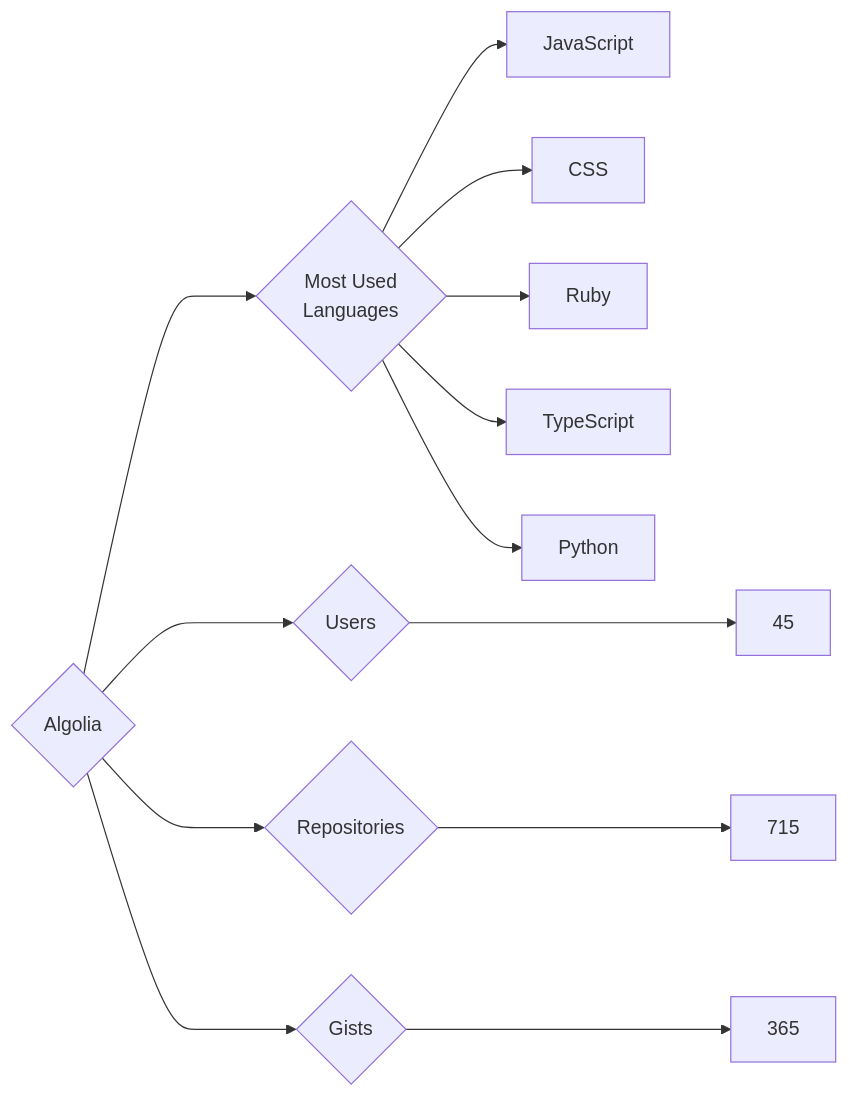
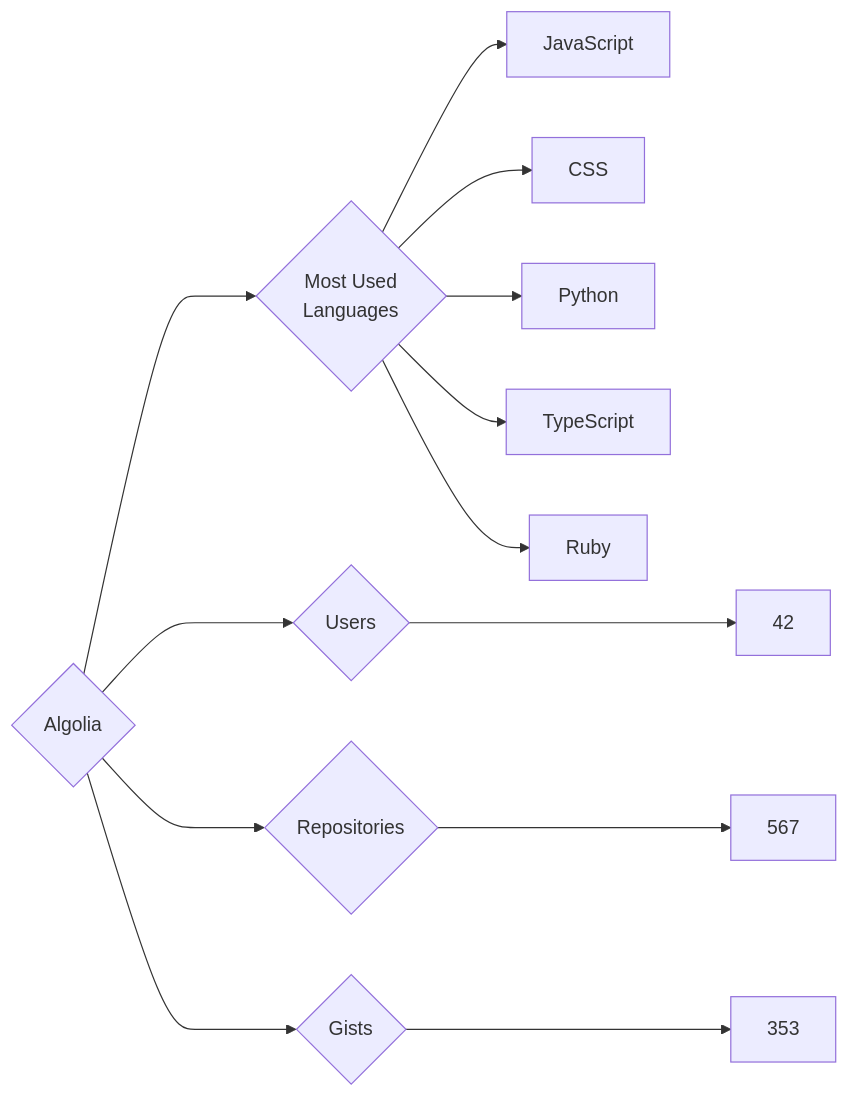
Before and after one commit to trickest/insiders: the diagram in targets/Algolia/README.md, drawn with Mermaid. The commit also changed 715 other files, not shown here.

````diff
--- a/targets/Algolia/README.md
+++ b/targets/Algolia/README.md
@@ -3,13 +3,13 @@
 ```mermaid
 graph LR
 COMPANY_NAME{Algolia}
-COMPANY_NAME ---> U{Users} ---> UN[45]
-COMPANY_NAME ---> R{Repositories} ---> RN[715]
-COMPANY_NAME ---> G{Gists} ---> GN[365]
+COMPANY_NAME ---> U{Users} ---> UN[42]
+COMPANY_NAME ---> R{Repositories} ---> RN[567]
+COMPANY_NAME ---> G{Gists} ---> GN[353]
 COMPANY_NAME ---> ML{Most Used<br>Languages}
 ML --> JavaScript[JavaScript]
 ML --> CSS[CSS]
+ML --> Python[Python]
+ML --> TypeScript[TypeScript]
 ML --> Ruby[Ruby]
-ML --> TypeScript[TypeScript]
-ML --> Python[Python]
 ```
````
